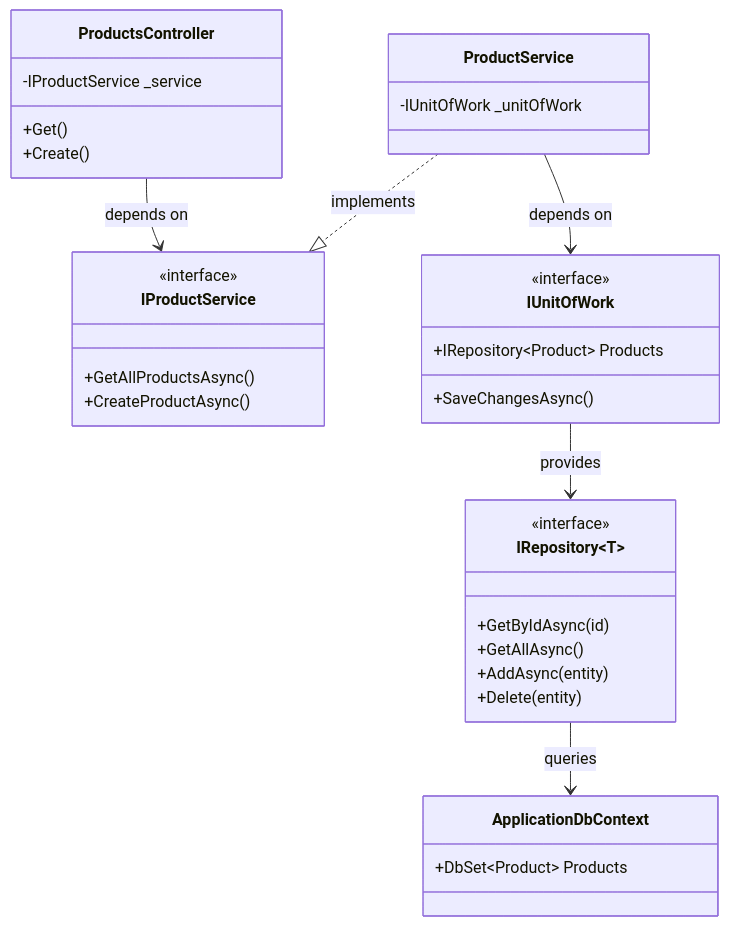
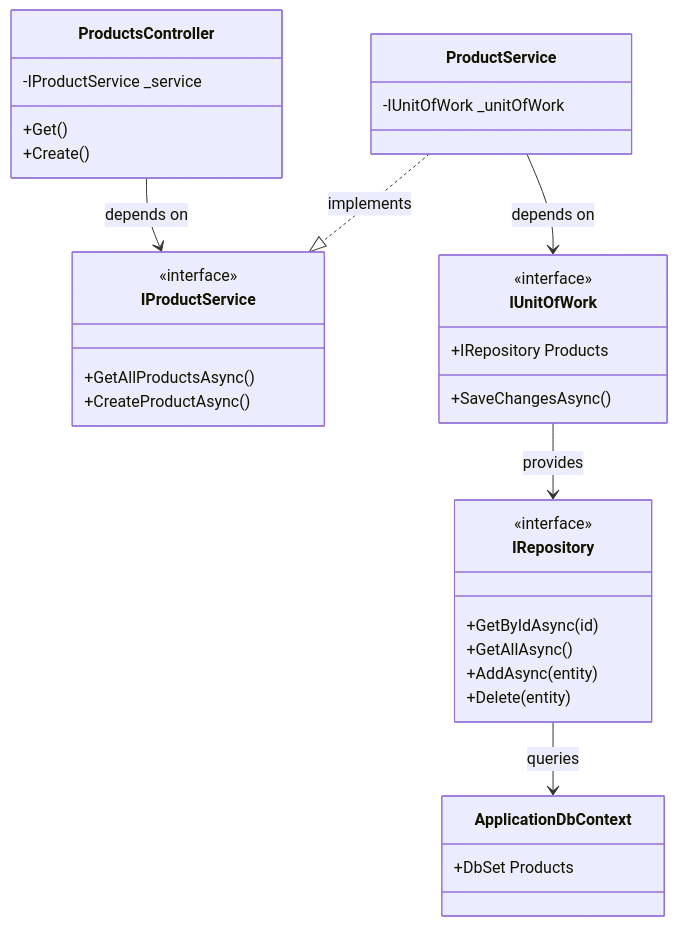
One commit to Bhaviik-5202/ASP.NET_Core_Lab_Solutions changed the second of 3 diagrams in README.md. Above: the diagram before and after it, drawn with Mermaid. The commit also changed other lines of this file, not shown here.

Commit message:
Docs - Add Comprehensive Curriculum README and Architecture Roadmap

````diff
--- a/README.md
+++ b/README.md
@@ -188,37 +204,38 @@
 ```mermaid
 classDiagram
+    direction TB
     class ProductsController {
         -IProductService _service
         +Get()
         +Create()
     }
     class IProductService {
         <<interface>>
         +GetAllProductsAsync()
         +CreateProductAsync()
     }
     class ProductService {
         -IUnitOfWork _unitOfWork
     }
     class IUnitOfWork {
         <<interface>>
-        +IRepository~Product~ Products
+        +IRepository Products
         +SaveChangesAsync()
     }
-    class IRepository~T~ {
+    class IRepository {
         <<interface>>
         +GetByIdAsync(id)
         +GetAllAsync()
         +AddAsync(entity)
         +Delete(entity)
     }
     class ApplicationDbContext {
-        +DbSet~Product~ Products
+        +DbSet Products
     }
 
     ProductsController --> IProductService : depends on
     ProductService ..|> IProductService : implements
     ProductService --> IUnitOfWork : depends on
-    IUnitOfWork --> IRepository~T~ : provides
-    IRepository~T~ --> ApplicationDbContext : queries
+    IUnitOfWork --> IRepository : provides
+    IRepository --> ApplicationDbContext : queries
 ```
````
